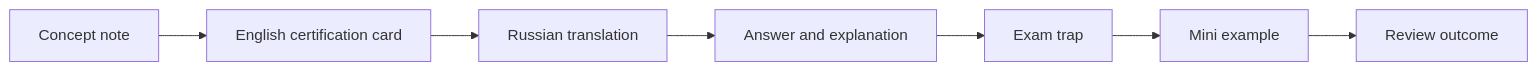
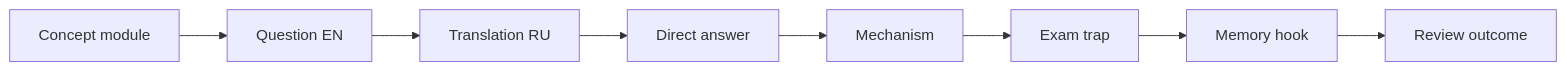
The diagram in 01_MAPS/Spring Map.md (alimbetov/obsidian), drawn with Mermaid before and after one commit. The commit also changed other lines of this file, not shown here.

````diff
--- a/01_MAPS/Spring Map.md
+++ b/01_MAPS/Spring Map.md
@@ -17,9 +19,10 @@
 ```mermaid
 flowchart LR
-    A[Concept note] --> B[English certification card]
-    B --> C[Russian translation]
-    C --> D[Answer and explanation]
-    D --> E[Exam trap]
-    E --> F[Mini example]
-    F --> G[Review outcome]
+    A[Concept module] --> B[Question EN]
+    B --> C[Translation RU]
+    C --> D[Direct answer]
+    D --> E[Mechanism]
+    E --> F[Exam trap]
+    F --> G[Memory hook]
+    G --> H[Review outcome]
 ```
````
